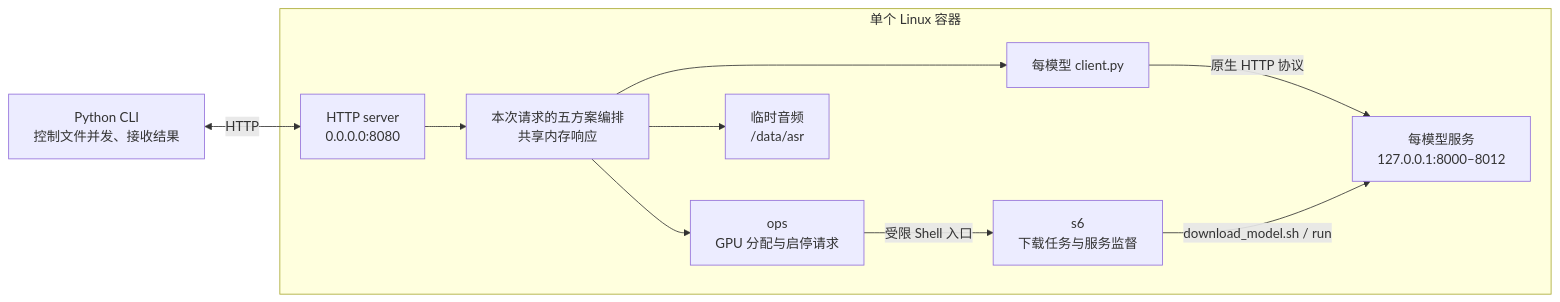
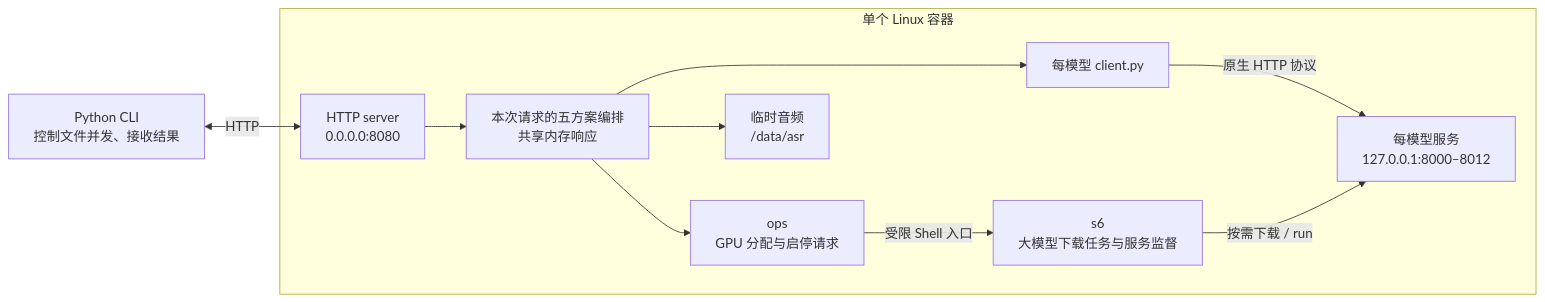
The first of 5 diagrams in platform/container/services/asr/DESIGN.md (curoky/codespace), drawn with Mermaid before and after one commit. The commit also changed other lines of this file and 29 other files, not shown here.

````diff
--- a/platform/container/services/asr/DESIGN.md
+++ b/platform/container/services/asr/DESIGN.md
@@ -16,21 +16,21 @@
 ```mermaid
 flowchart LR
     CLI[Python CLI<br/>控制文件并发、接收结果]
     subgraph Container[单个 Linux 容器]
         API[HTTP server<br/>0.0.0.0:8080]
         Pipeline[本次请求的五方案编排<br/>共享内存响应]
         Ops[ops<br/>GPU 分配与启停请求]
-        S6[s6<br/>下载任务与服务监督]
+        S6[s6<br/>大模型下载任务与服务监督]
         Client[每模型 client.py]
         Model[每模型服务<br/>127.0.0.1:8000–8012]
         Data[临时音频<br/>/data/asr]
         API --> Pipeline
         Pipeline --> Client
         Client -->|原生 HTTP 协议| Model
         Pipeline --> Ops
         Ops -->|受限 Shell 入口| S6
-        S6 -->|download_model.sh / run| Model
+        S6 -->|按需下载 / run| Model
         Pipeline --> Data
     end
     CLI <-->|HTTP| API
 ```
````
